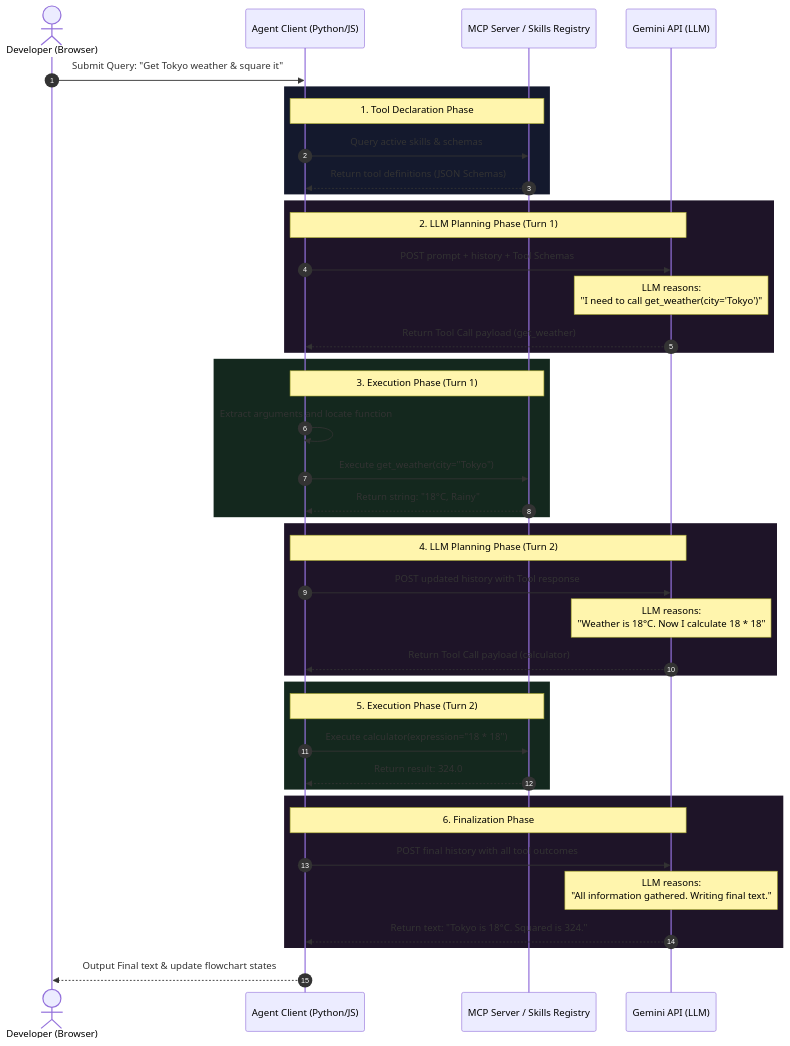
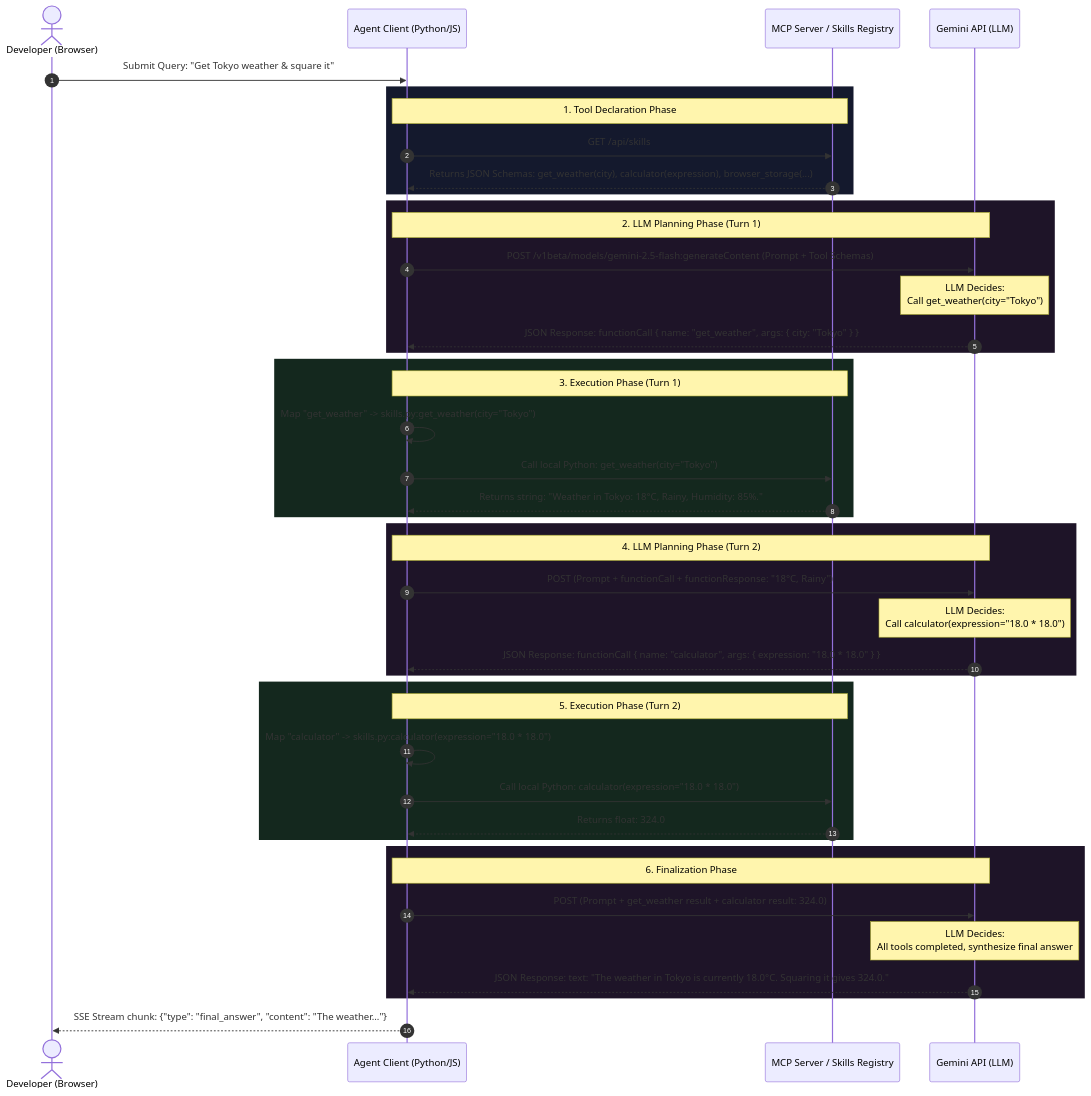
Before and after one commit to vdonthireddy/ai-agent-skills-sandbox: the second of 2 diagrams in README.md, drawn with Mermaid.

Commit message:
Update README.md sequence diagram with concrete API execution example trace

````diff
--- a/README.md
+++ b/README.md
@@ -82,52 +82,53 @@
 ```mermaid
 sequenceDiagram
     autonumber
     actor User as Developer (Browser)
     participant Agent as Agent Client (Python/JS)
     participant MCP as MCP Server / Skills Registry
     participant LLM as Gemini API (LLM)
 
     User->>Agent: Submit Query: "Get Tokyo weather & square it"
     
     rect rgb(20, 25, 45)
         Note over Agent,MCP: 1. Tool Declaration Phase
-        Agent->>MCP: Query active skills & schemas
-        MCP-->>Agent: Return tool definitions (JSON Schemas)
+        Agent->>MCP: GET /api/skills
+        MCP-->>Agent: Returns JSON Schemas: get_weather(city), calculator(expression), browser_storage(...)
     end
     
     rect rgb(30, 20, 40)
         Note over Agent,LLM: 2. LLM Planning Phase (Turn 1)
-        Agent->>LLM: POST prompt + history + Tool Schemas
-        Note over LLM: LLM reasons:<br/>"I need to call get_weather(city='Tokyo')"
-        LLM-->>Agent: Return Tool Call payload (get_weather)
+        Agent->>LLM: POST /v1beta/models/gemini-2.5-flash:generateContent (Prompt + Tool Schemas)
+        Note over LLM: LLM Decides:<br/>Call get_weather(city="Tokyo")
+        LLM-->>Agent: JSON Response: functionCall { name: "get_weather", args: { city: "Tokyo" } }
     end
     
     rect rgb(20, 40, 30)
         Note over Agent,MCP: 3. Execution Phase (Turn 1)
-        Agent->>Agent: Extract arguments and locate function
-        Agent->>MCP: Execute get_weather(city="Tokyo")
-        MCP-->>Agent: Return string: "18°C, Rainy"
+        Agent->>Agent: Map "get_weather" -> skills.py:get_weather(city="Tokyo")
+        Agent->>MCP: Call local Python: get_weather(city="Tokyo")
+        MCP-->>Agent: Returns string: "Weather in Tokyo: 18°C, Rainy, Humidity: 85%."
     end
     
     rect rgb(30, 20, 40)
         Note over Agent,LLM: 4. LLM Planning Phase (Turn 2)
-        Agent->>LLM: POST updated history with Tool response
-        Note over LLM: LLM reasons:<br/>"Weather is 18°C. Now I calculate 18 * 18"
-        LLM-->>Agent: Return Tool Call payload (calculator)
+        Agent->>LLM: POST (Prompt + functionCall + functionResponse: "18°C, Rainy")
+        Note over LLM: LLM Decides:<br/>Call calculator(expression="18.0 * 18.0")
+        LLM-->>Agent: JSON Response: functionCall { name: "calculator", args: { expression: "18.0 * 18.0" } }
     end
     
     rect rgb(20, 40, 30)
         Note over Agent,MCP: 5. Execution Phase (Turn 2)
-        Agent->>MCP: Execute calculator(expression="18 * 18")
-        MCP-->>Agent: Return result: 324.0
+        Agent->>Agent: Map "calculator" -> skills.py:calculator(expression="18.0 * 18.0")
+        Agent->>MCP: Call local Python: calculator(expression="18.0 * 18.0")
+        MCP-->>Agent: Returns float: 324.0
     end
     
     rect rgb(30, 20, 40)
         Note over Agent,LLM: 6. Finalization Phase
-        Agent->>LLM: POST final history with all tool outcomes
-        Note over LLM: LLM reasons:<br/>"All information gathered. Writing final text."
-        LLM-->>Agent: Return text: "Tokyo is 18°C. Squared is 324."
+        Agent->>LLM: POST (Prompt + get_weather result + calculator result: 324.0)
+        Note over LLM: LLM Decides:<br/>All tools completed, synthesize final answer
+        LLM-->>Agent: JSON Response: text: "The weather in Tokyo is currently 18.0°C. Squaring it gives 324.0."
     end
     
-    Agent-->>User: Output Final text & update flowchart states
+    Agent-->>User: SSE Stream chunk: {"type": "final_answer", "content": "The weather..."}
 ```
````
